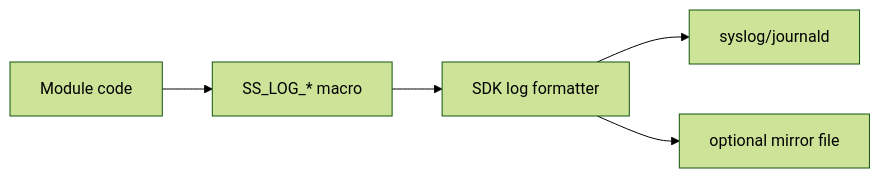
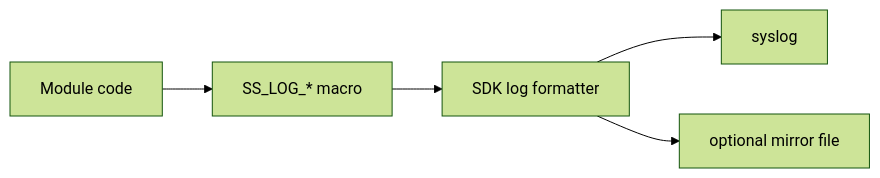
One commit to Under-Bordet-AB/Sunspots changed the fourth of 4 diagrams in docs/manual/sdk.md. Above: the diagram before and after it, drawn with Mermaid (forest theme). The commit also changed other lines of this file and 2 other files, not shown here.

````diff
--- a/docs/manual/sdk.md
+++ b/docs/manual/sdk.md
@@ -367,7 +272,7 @@
 ```mermaid
 flowchart LR
     A[Module code] --> B[SS_LOG_* macro]
     B --> C[SDK log formatter]
-    C --> D[syslog/journald]
+    C --> D[syslog]
     C --> E[optional mirror file]
 ```
````
